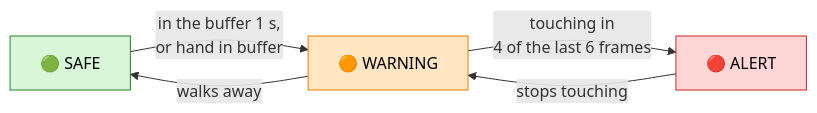
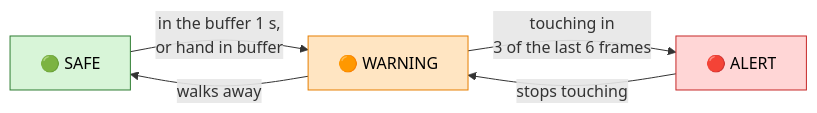
The third of 6 diagrams in ai-vision-node/README.md (NyChieng/Innovation-Private-Proto), drawn with Mermaid before and after one commit. The commit also changed other lines of this file and 2 other files, not shown here.

First line of the commit message:
FloraGuard: raise ALERT on 3 of the last 6 touch frames, not 4

````diff
--- a/ai-vision-node/README.md
+++ b/ai-vision-node/README.md
@@ -95,14 +95,14 @@
 ```mermaid
 flowchart LR
     S["🟢 SAFE"] -- "in the buffer 1 s,<br/>or hand in buffer" --> W["🟠 WARNING"]
-    W -- "touching in<br/>4 of the last 6 frames" --> A["🔴 ALERT"]
+    W -- "touching in<br/>3 of the last 6 frames" --> A["🔴 ALERT"]
     A -- "stops touching" --> W
     W -- "walks away" --> S
 
     classDef safe fill:#d8f5d8,stroke:#2e7d32,color:#000
     classDef warn fill:#ffe5c2,stroke:#e67e00,color:#000
     classDef alert fill:#ffd6d6,stroke:#c62828,color:#000
     class S safe
     class W warn
     class A alert
 ```
````
